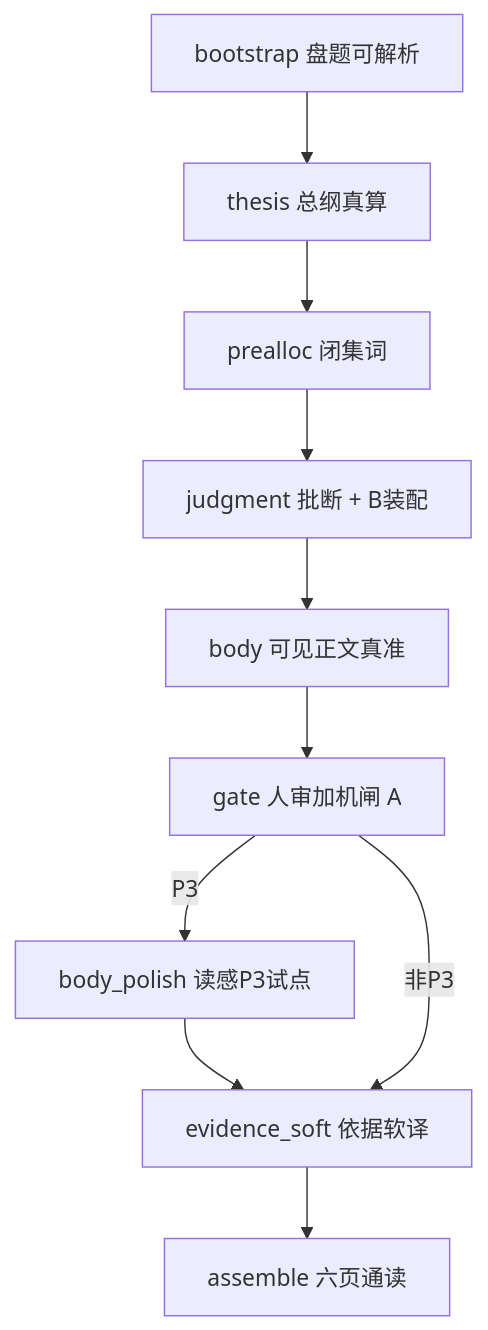
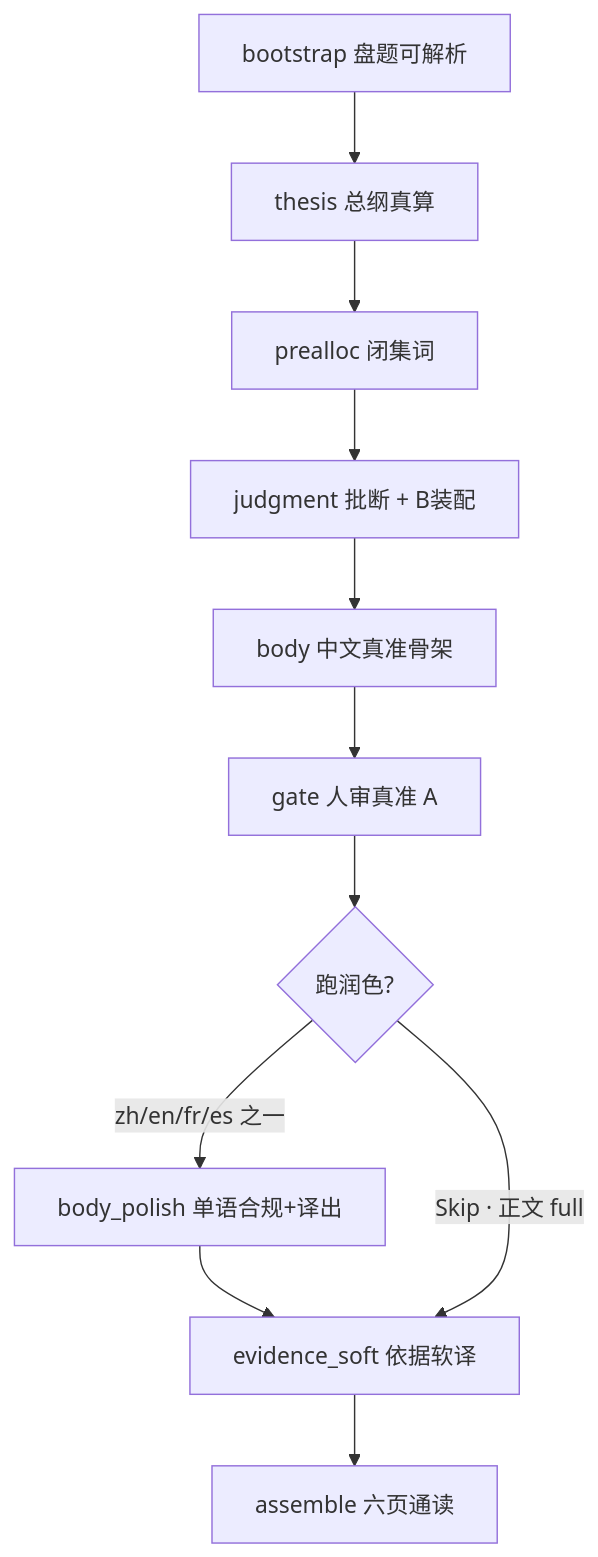
The diagram in .cursor/docs/交付v3-分步职责与合格尺-SSOT.md (Mattchen217/POJU), drawn with Mermaid before and after one commit. The commit also changed other lines of this file and 11 other files, not shown here.

````diff
--- a/.cursor/docs/交付v3-分步职责与合格尺-SSOT.md
+++ b/.cursor/docs/交付v3-分步职责与合格尺-SSOT.md
@@ -19,18 +19,19 @@
 ```mermaid
 flowchart TD
   bootstrap[bootstrap 盘题可解析]
   thesis[thesis 总纲真算]
   prealloc[prealloc 闭集词]
   judgment[judgment 批断 + B装配]
-  body[body 可见正文真准]
-  gate[gate 人审加机闸 A]
-  polish[body_polish 读感P3试点]
+  body[body 中文真准骨架]
+  gate[gate 人审真准 A]
+  polishChoice{跑润色?}
+  polish[body_polish 单语合规+译出]
   soft[evidence_soft 依据软译]
   assemble[assemble 六页通读]
 
   bootstrap --> thesis --> prealloc
-  prealloc --> judgment --> body --> gate
-  gate -->|P3| polish --> soft
-  gate -->|非P3| soft
+  prealloc --> judgment --> body --> gate --> polishChoice
+  polishChoice -->|zh/en/fr/es 之一| polish --> soft
+  polishChoice -->|Skip · 正文 full| soft
   soft --> assemble
 ```
````
